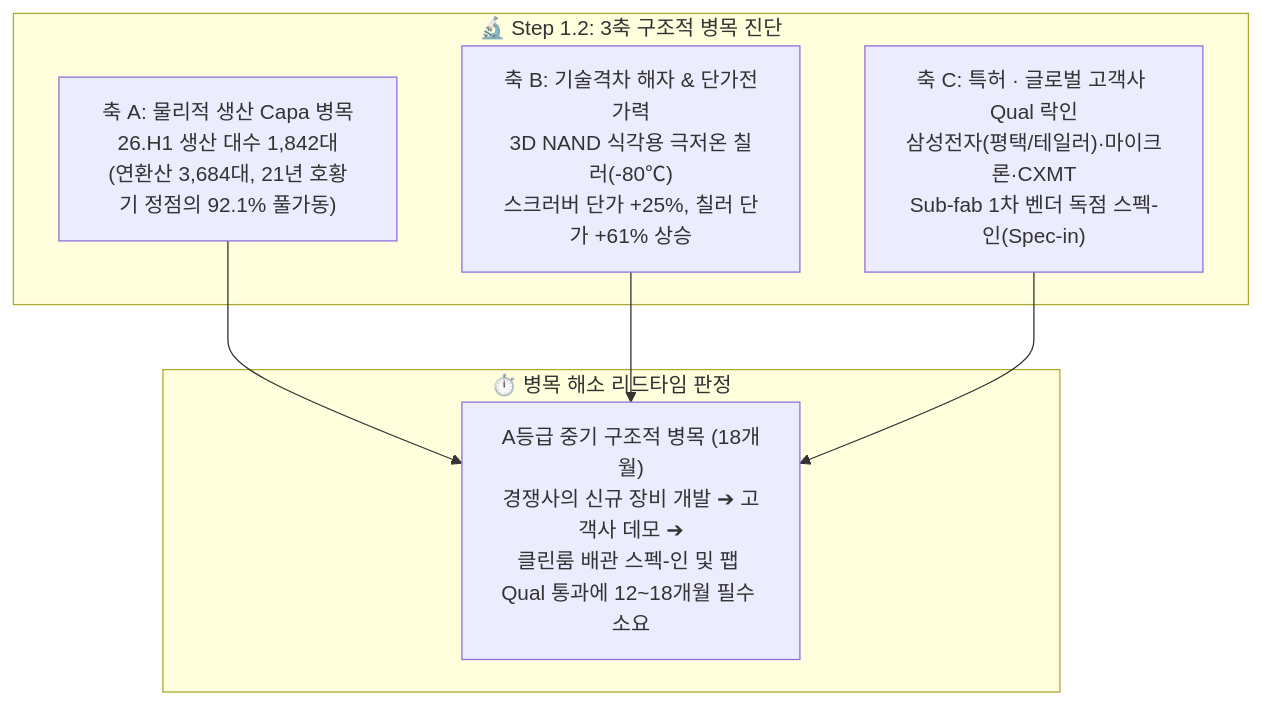
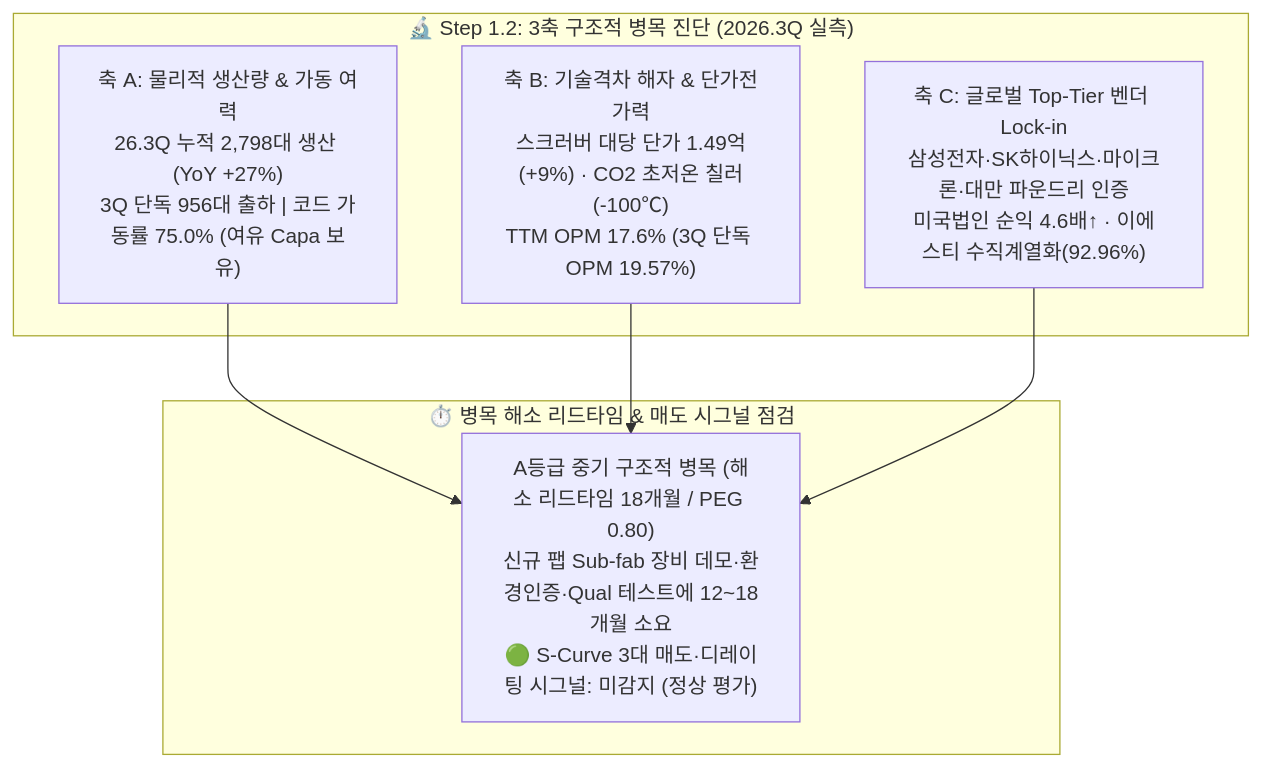
One commit to eve830521-cmd/my-skill-ver.5 changed the diagram in Stock_Research/GST/3_Final_Reports/Phase2_Story.md. Above: the diagram before and after it, drawn with Mermaid. The commit also changed other lines of this file and 14 other files, not shown here.

````diff
--- a/Stock_Research/GST/3_Final_Reports/Phase2_Story.md
+++ b/Stock_Research/GST/3_Final_Reports/Phase2_Story.md
@@ -65,16 +63,16 @@
 ```mermaid
 flowchart TD
-    subgraph Axis["🔬 Step 1.2: 3축 구조적 병목 진단"]
-        A1["축 A: 물리적 생산 Capa 병목<br/>26.H1 생산 대수 1,842대<br/>(연환산 3,684대, 21년 호황기 정점의 92.1% 풀가동)"]
-        A2["축 B: 기술격차 해자 & 단가전가력<br/>3D NAND 식각용 극저온 칠러(-80℃)<br/>스크러버 단가 +25%, 칠러 단가 +61% 상승"]
-        A3["축 C: 특허 · 글로벌 고객사 Qual 락인<br/>삼성전자(평택/테일러)·마이크론·CXMT<br/>Sub-fab 1차 벤더 독점 스펙-인(Spec-in)"]
+    subgraph Axis["🔬 Step 1.2: 3축 구조적 병목 진단 (2026.3Q 실측)"]
+        A1["축 A: 물리적 생산량 & 가동 여력<br/>26.3Q 누적 2,798대 생산 (YoY +27%)<br/>3Q 단독 956대 출하 | 코드 가동률 75.0% (여유 Capa 보유)"]
+        A2["축 B: 기술격차 해자 & 단가전가력<br/>스크러버 대당 단가 1.49억(+9%) · CO2 초저온 칠러(-100℃)<br/>TTM OPM 17.6% (3Q 단독 OPM 19.57%)"]
+        A3["축 C: 글로벌 Top-Tier 벤더 Lock-in<br/>삼성전자·SK하이닉스·마이크론·대만 파운드리 인증<br/>미국법인 순익 4.6배↑ · 이에스티 수직계열화(92.96%)"]
     end
 
-    subgraph LeadTime["⏱️ 병목 해소 리드타임 판정"]
-        L1["A등급 중기 구조적 병목 (18개월)<br/>경쟁사의 신규 장비 개발 ➔ 고객사 데모 ➔<br/>클린룸 배관 스펙-인 및 팹 Qual 통과에 12~18개월 필수 소요"]
+    subgraph LeadTime["⏱️ 병목 해소 리드타임 & 매도 시그널 점검"]
+        L1["A등급 중기 구조적 병목 (해소 리드타임 18개월 / PEG 0.80)<br/>신규 팹 Sub-fab 장비 데모·환경인증·Qual 테스트에 12~18개월 소요<br/>🟢 S-Curve 3대 매도·디레이팅 시그널: 미감지 (정상 평가)"]
     end
 
     A1 --> L1
     A2 --> L1
     A3 --> L1
 ```
````
